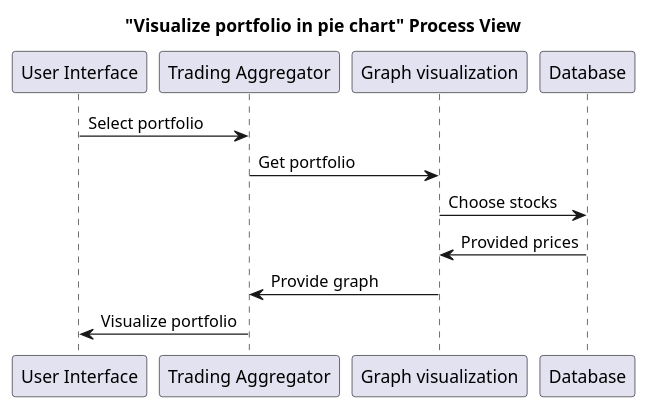
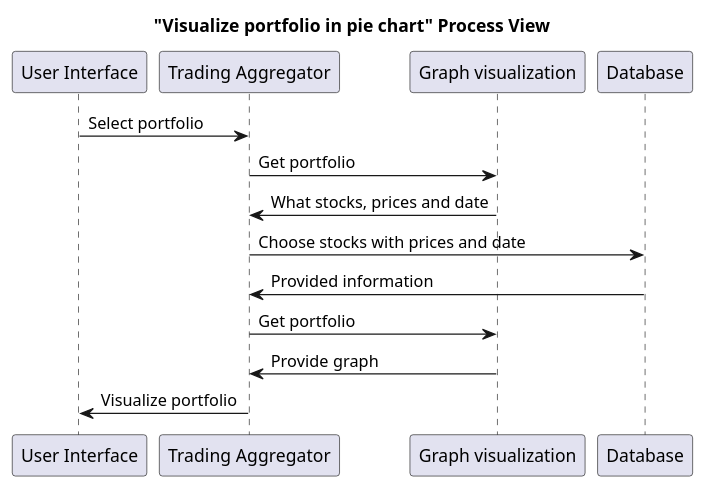
One commit to USI-MSDE-SA-2022/software-architecture-model-tmshts changed diagram 16 of 18 in src/sa/model/index.md. Above: the diagram before and after it, drawn with PlantUML. The commit also changed other lines of this file, not shown here.

````diff
--- a/src/sa/model/index.md
+++ b/src/sa/model/index.md
@@ -771,18 +762,20 @@
 ```puml
 @startuml
 title "Visualize portfolio in pie chart" Process View
 
 participant "User Interface" as UI
 participant "Trading Aggregator" as TA
 participant "Graph visualization" as GV
 participant "Database" as DB
 
 UI -> TA: Select portfolio
 TA -> GV: Get portfolio
-GV -> DB: Choose stocks
-DB -> GV: Provided prices
+GV -> TA: What stocks, prices and date
+TA -> DB: Choose stocks with prices and date
+DB -> TA: Provided information
+TA -> GV: Get portfolio
 GV -> TA: Provide graph
 TA -> UI: Visualize portfolio
 
 @enduml
 ```
````
